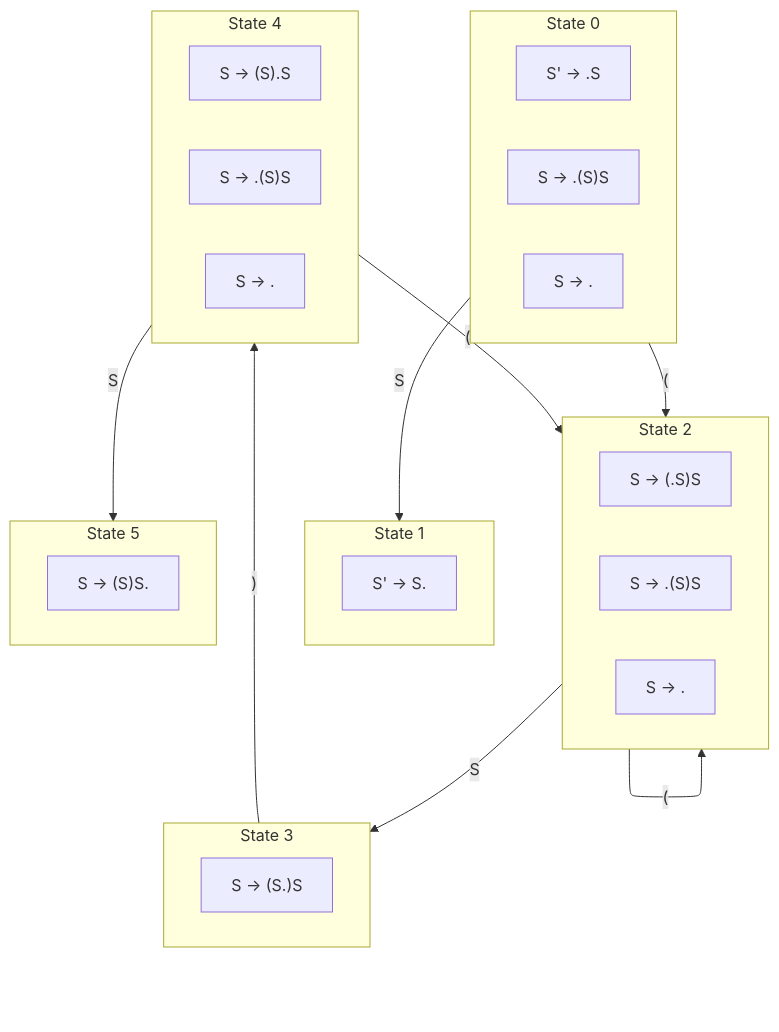
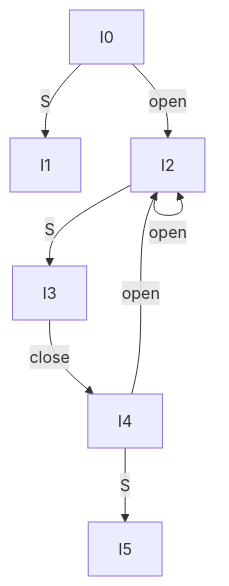
One commit to choisimo/document changed the fourth of 6 diagrams in docs/compiler/parsing/lr-parser.md. Above: the diagram before and after it, drawn with Mermaid. The commit also changed 192 other files, not shown here.

````diff
--- a/docs/compiler/parsing/lr-parser.md
+++ b/docs/compiler/parsing/lr-parser.md
@@ -109,49 +109,10 @@
 ```mermaid
 graph TD
-    subgraph I0 [State 0]
-        direction LR
-        S0["S' → .S"]
-        S1["S → .(S)S"]
-        S2["S → ."]
-    end
-
-    subgraph I1 [State 1]
-        direction LR
-        S3["S' → S."]
-    end
-
-    subgraph I2 [State 2]
-        direction LR
-        S4["S → (.S)S"]
-        S5["S → .(S)S"]
-        S6["S → ."]
-    end
-
-    subgraph I3 [State 3]
-        direction LR
-        S7["S → (S.)S"]
-    end
-
-    subgraph I4 [State 4]
-        direction LR
-        S8["S → (S).S"]
-        S9["S → .(S)S"]
-        S10["S → ."]
-    end
-
-    subgraph I5 [State 5]
-        direction LR
-        S11["S → (S)S."]
-    end
-
-    I0 -- S --> I1;
-    I0 -- "(" --> I2;
-
-    I2 -- S --> I3;
-    I2 -- "(" --> I2;
-
-    I3 -- ")" --> I4;
-
-    I4 -- S --> I5;
-    I4 -- "(" --> I2;
+    I0["I0"] -->|S| I1["I1"]
+    I0 -->|open| I2["I2"]
+    I2 -->|S| I3["I3"]
+    I2 -->|open| I2
+    I3 -->|close| I4["I4"]
+    I4 -->|S| I5["I5"]
+    I4 -->|open| I2
 ```
````
